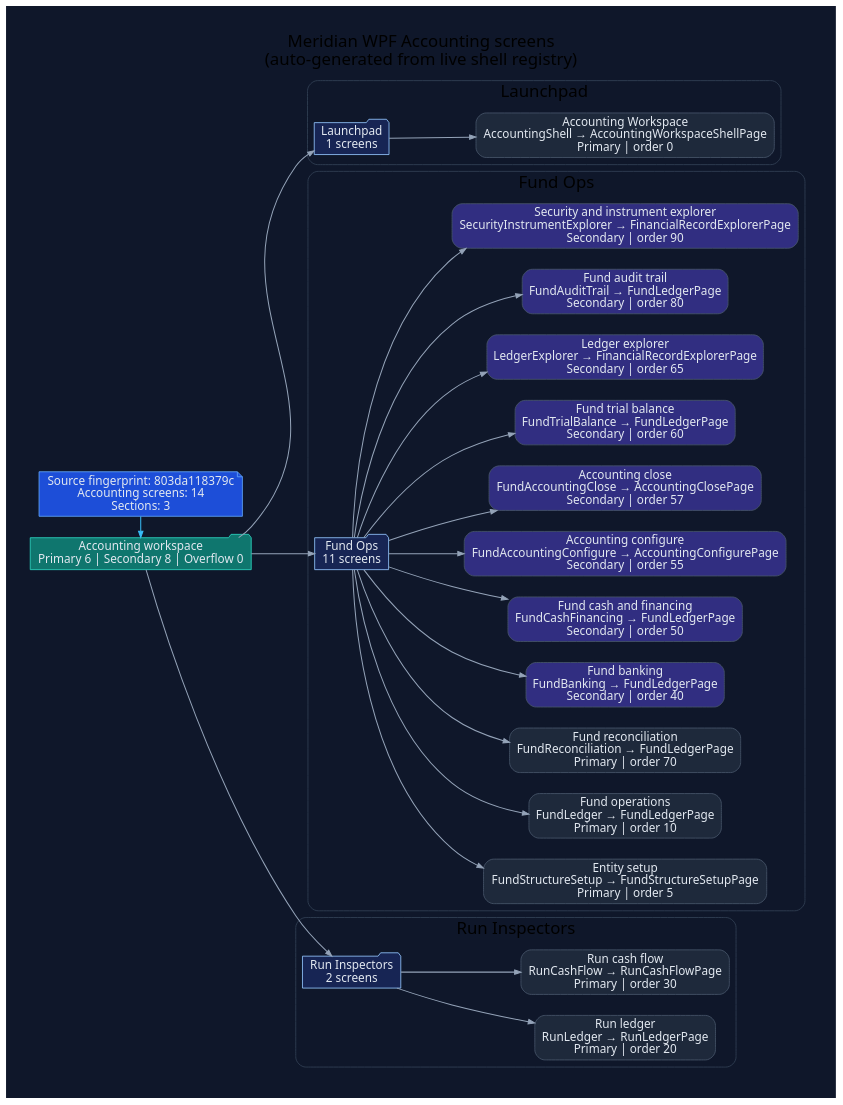
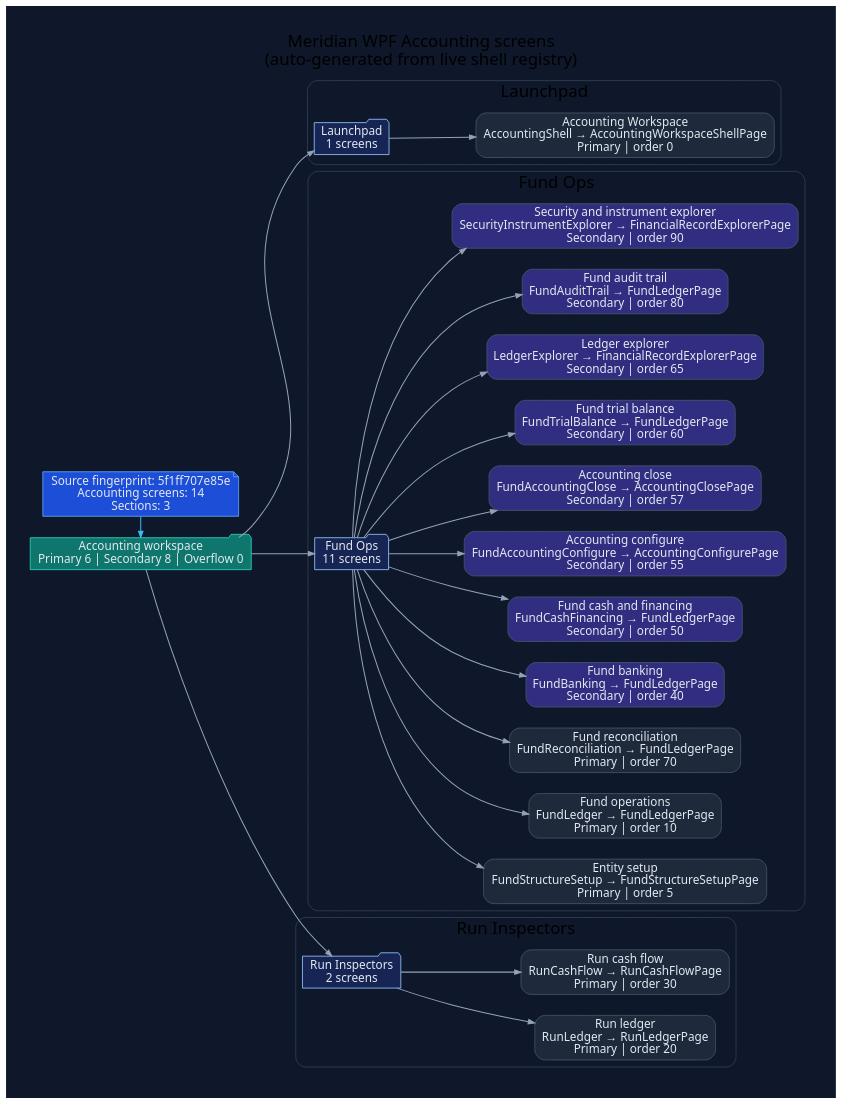
The diagram in docs/diagrams/ui/ui-wpf-screens-accounting.dot (rodoHasArrived/Meridian-main), drawn with Graphviz before and after one commit. The commit also changed 43 other files, not shown here.

First line of the commit message:
Regenerate UI diagrams on the merged tree

```diff
--- a/docs/diagrams/ui/ui-wpf-screens-accounting.dot
+++ b/docs/diagrams/ui/ui-wpf-screens-accounting.dot
@@ -1,78 +1,78 @@
 // -----------------------------------------------------------------------------
 // <auto-generated>
 // Generated by scripts/generate-diagrams.mjs.
 // Do not edit this file directly; update the WPF source files instead.
 // -----------------------------------------------------------------------------
 digraph WpfAccountingScreens {
   graph [
     rankdir=LR,
     labelloc=t,
     label="Meridian WPF Accounting screens\n(auto-generated from live shell registry)",
     fontname="Segoe UI",
     fontsize=20,
     pad=0.4,
     nodesep=0.35,
     ranksep=0.85,
     bgcolor="#0f172a"
   ];
   node [fontname="Segoe UI", shape=box, style="rounded,filled", color="#475569", fontcolor="#e2e8f0", fillcolor="#1e293b"];
   edge [fontname="Segoe UI", color="#94a3b8", penwidth=1.2, arrowsize=0.75];
 
-  generated [shape=note, fillcolor="#1d4ed8", color="#60a5fa", label="Source fingerprint: 803da118379c\nAccounting screens: 14\nSections: 3"];
+  generated [shape=note, fillcolor="#1d4ed8", color="#60a5fa", label="Source fingerprint: 5f1ff707e85e\nAccounting screens: 14\nSections: 3"];
   workspace [shape=folder, fillcolor="#0f766e", color="#2dd4bf", label="Accounting workspace\nPrimary 6 | Secondary 8 | Overflow 0"];
   generated -> workspace [color="#38bdf8"];
 
   subgraph cluster_section_1 {
     label="Launchpad";
     color="#334155";
     style="rounded";
     section_1 [shape=folder, fillcolor="#172554", color="#93c5fd", label="Launchpad\n1 screens"];
     workspace -> section_1;
     screen_AccountingShell [fillcolor="#1e293b", label="Accounting Workspace\nAccountingShell → AccountingWorkspaceShellPage\nPrimary | order 0"];
     section_1 -> screen_AccountingShell;
   }
 
   subgraph cluster_section_2 {
     label="Fund Ops";
     color="#334155";
     style="rounded";
     section_2 [shape=folder, fillcolor="#172554", color="#93c5fd", label="Fund Ops\n11 screens"];
     workspace -> section_2;
     screen_FundStructureSetup [fillcolor="#1e293b", label="Entity setup\nFundStructureSetup → FundStructureSetupPage\nPrimary | order 5"];
     section_2 -> screen_FundStructureSetup;
     screen_FundLedger [fillcolor="#1e293b", label="Fund operations\nFundLedger → FundLedgerPage\nPrimary | order 10"];
     section_2 -> screen_FundLedger;
     screen_FundReconciliation [fillcolor="#1e293b", label="Fund reconciliation\nFundReconciliation → FundLedgerPage\nPrimary | order 70"];
     section_2 -> screen_FundReconciliation;
     screen_FundBanking [fillcolor="#312e81", label="Fund banking\nFundBanking → FundLedgerPage\nSecondary | order 40"];
     section_2 -> screen_FundBanking;
     screen_FundCashFinancing [fillcolor="#312e81", label="Fund cash and financing\nFundCashFinancing → FundLedgerPage\nSecondary | order 50"];
     section_2 -> screen_FundCashFinancing;
     screen_FundAccountingConfigure [fillcolor="#312e81", label="Accounting configure\nFundAccountingConfigure → AccountingConfigurePage\nSecondary | order 55"];
     section_2 -> screen_FundAccountingConfigure;
     screen_FundAccountingClose [fillcolor="#312e81", label="Accounting close\nFundAccountingClose → AccountingClosePage\nSecondary | order 57"];
     section_2 -> screen_FundAccountingClose;
     screen_FundTrialBalance [fillcolor="#312e81", label="Fund trial balance\nFundTrialBalance → FundLedgerPage\nSecondary | order 60"];
     section_2 -> screen_FundTrialBalance;
     screen_LedgerExplorer [fillcolor="#312e81", label="Ledger explorer\nLedgerExplorer → FinancialRecordExplorerPage\nSecondary | order 65"];
     section_2 -> screen_LedgerExplorer;
     screen_FundAuditTrail [fillcolor="#312e81", label="Fund audit trail\nFundAuditTrail → FundLedgerPage\nSecondary | order 80"];
     section_2 -> screen_FundAuditTrail;
     screen_SecurityInstrumentExplorer [fillcolor="#312e81", label="Security and instrument explorer\nSecurityInstrumentExplorer → FinancialRecordExplorerPage\nSecondary | order 90"];
     section_2 -> screen_SecurityInstrumentExplorer;
   }
 
   subgraph cluster_section_3 {
     label="Run Inspectors";
     color="#334155";
     style="rounded";
     section_3 [shape=folder, fillcolor="#172554", color="#93c5fd", label="Run Inspectors\n2 screens"];
     workspace -> section_3;
     screen_RunLedger [fillcolor="#1e293b", label="Run ledger\nRunLedger → RunLedgerPage\nPrimary | order 20"];
     section_3 -> screen_RunLedger;
     screen_RunCashFlow [fillcolor="#1e293b", label="Run cash flow\nRunCashFlow → RunCashFlowPage\nPrimary | order 30"];
     section_3 -> screen_RunCashFlow;
   }
 
   { rank=min; generated; workspace; }
 }
```
